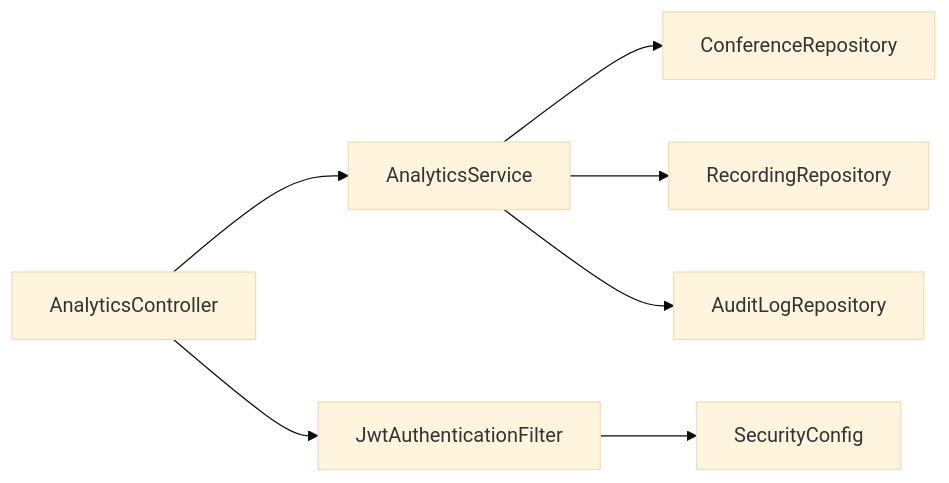
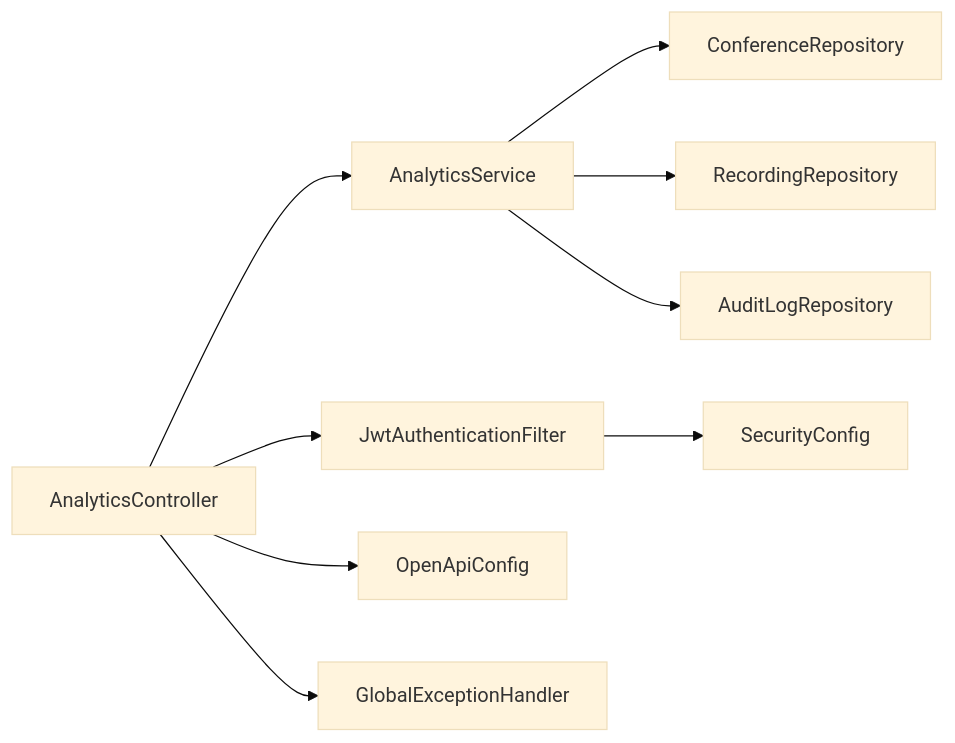
The fourth of 4 diagrams in .qoder/repowiki/en/content/API Documentation/Analytics and Reporting API.md (Vostrikov2014/vks-qoder), drawn with Mermaid (base theme) before and after one commit. The commit also changed other lines of this file and 5 other files, not shown here.

````diff
--- a/.qoder/repowiki/en/content/API Documentation/Analytics and Reporting API.md
+++ b/.qoder/repowiki/en/content/API Documentation/Analytics and Reporting API.md
@@ -340,9 +388,11 @@
 ```mermaid
 graph LR
 AC["AnalyticsController"] --> AS["AnalyticsService"]
 AS --> CR["ConferenceRepository"]
 AS --> RR["RecordingRepository"]
 AS --> AR["AuditLogRepository"]
 AC --> JWT["JwtAuthenticationFilter"]
 JWT --> SC["SecurityConfig"]
+AC --> OA["OpenApiConfig"]
+AC --> GE["GlobalExceptionHandler"]
 ```
````
